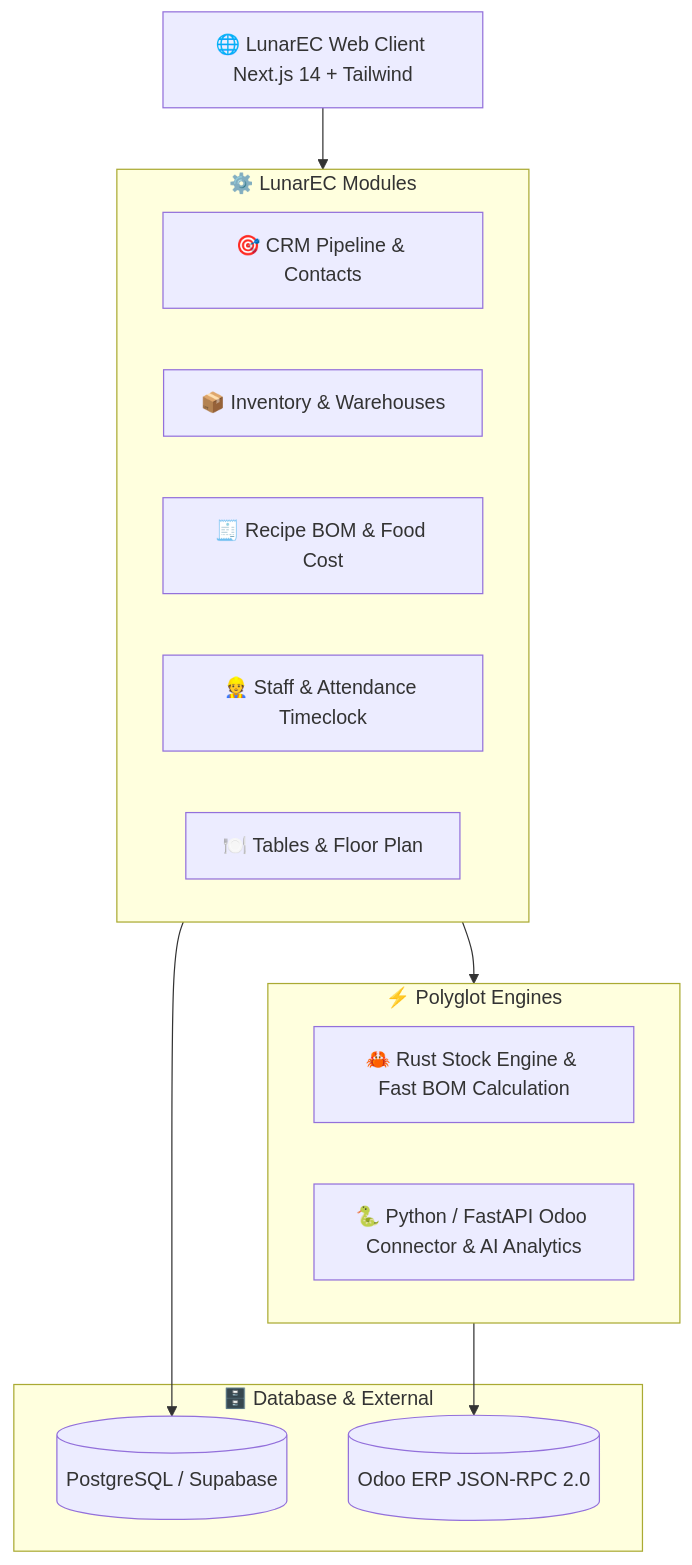
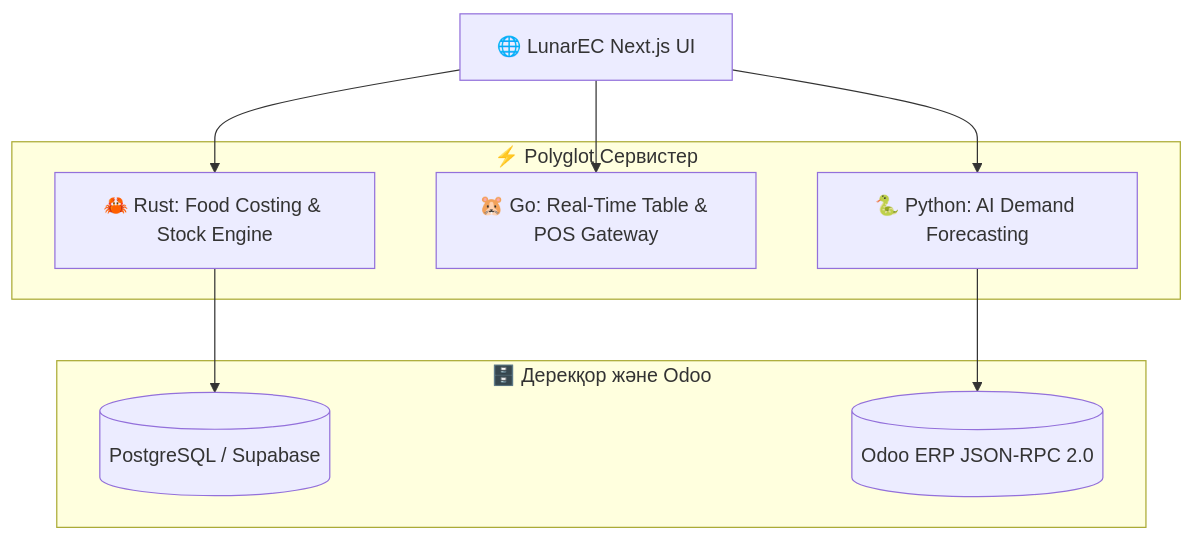
One commit to BekbolatBolebay/LunarEC changed the diagram in README.md. Above: the diagram before and after it, drawn with Mermaid. The commit also changed other lines of this file and 269 other files, not shown here.

Commit message:
feat: implement 4-language polyglot architecture (TypeScript, Rust, Go, Python)

````diff
--- a/README.md
+++ b/README.md
@@ -54,27 +38,21 @@
 ```mermaid
 graph TD
-    UI[🌐 LunarEC Web Client Next.js 14 + Tailwind]
+    Client[🌐 LunarEC Next.js UI]
     
-    subgraph Core [⚙️ LunarEC Modules]
-        CRM[🎯 CRM Pipeline & Contacts]
-        INV[📦 Inventory & Warehouses]
-        BOM[🧾 Recipe BOM & Food Cost]
-        HR[👷 Staff & Attendance Timeclock]
-        POS[🍽️ Tables & Floor Plan]
+    subgraph Services [⚡ Polyglot Сервистер]
+        RustCore[🦀 Rust: Food Costing & Stock Engine]
+        GoPOS[🐹 Go: Real-Time Table & POS Gateway]
+        PyAI[🐍 Python: AI Demand Forecasting]
     end
 
-    subgraph Engines [⚡ Polyglot Engines]
-        RustCore[🦀 Rust Stock Engine & Fast BOM Calculation]
-        PySync[🐍 Python / FastAPI Odoo Connector & AI Analytics]
+    subgraph Data [🗄️ Дерекқор және Odoo]
+        Supabase[(PostgreSQL / Supabase)]
+        OdooERP[(Odoo ERP JSON-RPC 2.0)]
     end
 
-    subgraph Data [🗄️ Database & External]
-        PG[(PostgreSQL / Supabase)]
-        OdooServer[(Odoo ERP JSON-RPC 2.0)]
-    end
-
-    UI --> Core
-    Core --> Engines
-    Core --> PG
-    Engines --> OdooServer
+    Client --> RustCore
+    Client --> GoPOS
+    Client --> PyAI
+    RustCore --> Supabase
+    PyAI --> OdooERP
 ```
````
